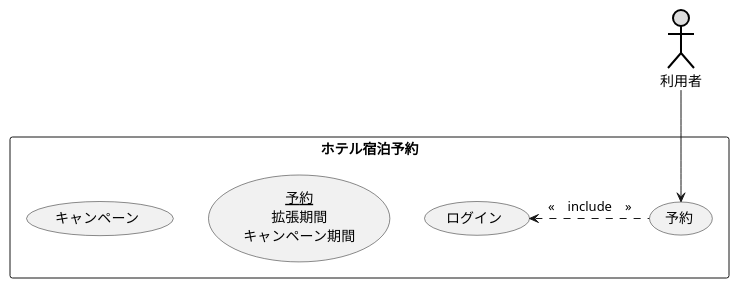
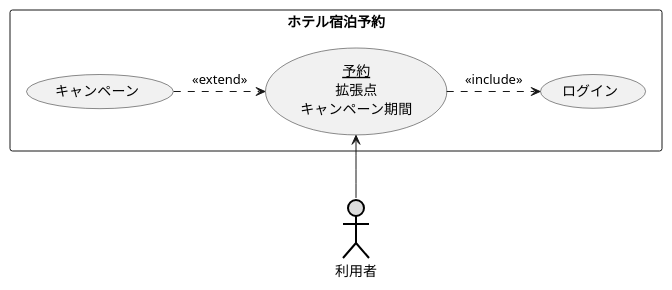
The diagram in 演習2-4_キャンペーン中のホテル宿泊予約.pu (tyson0723/uml-introduction), drawn with PlantUML before and after one commit. The commit also changed 31 other files, not shown here.

```diff
--- a/演習2-4_キャンペーン中のホテル宿泊予約.pu
+++ b/演習2-4_キャンペーン中のホテル宿泊予約.pu
@@ -1,14 +1,11 @@
-@startuml ユースケース図
+@startuml 演習2-3
 actor 利用者 #DDDDDD;line:black;line.bold;
-rectangle ホテル宿泊予約 {
-
+rectangle ホテル宿泊予約{
 usecase ログイン
-usecase 予約
-usecase (<u>予約</u>\n拡張期間\nキャンペーン期間) as input
 usecase キャンペーン
-
+usecase (<u>予約</u>\n拡張点\nキャンペーン期間) as input
 }
-
-ログイン <. 予約 : <<　include　 >> 
-利用者-->予約
+input <-- 利用者
+キャンペーン .> input: << extend >>
+input .> ログイン: << include >>
 @enduml
```
